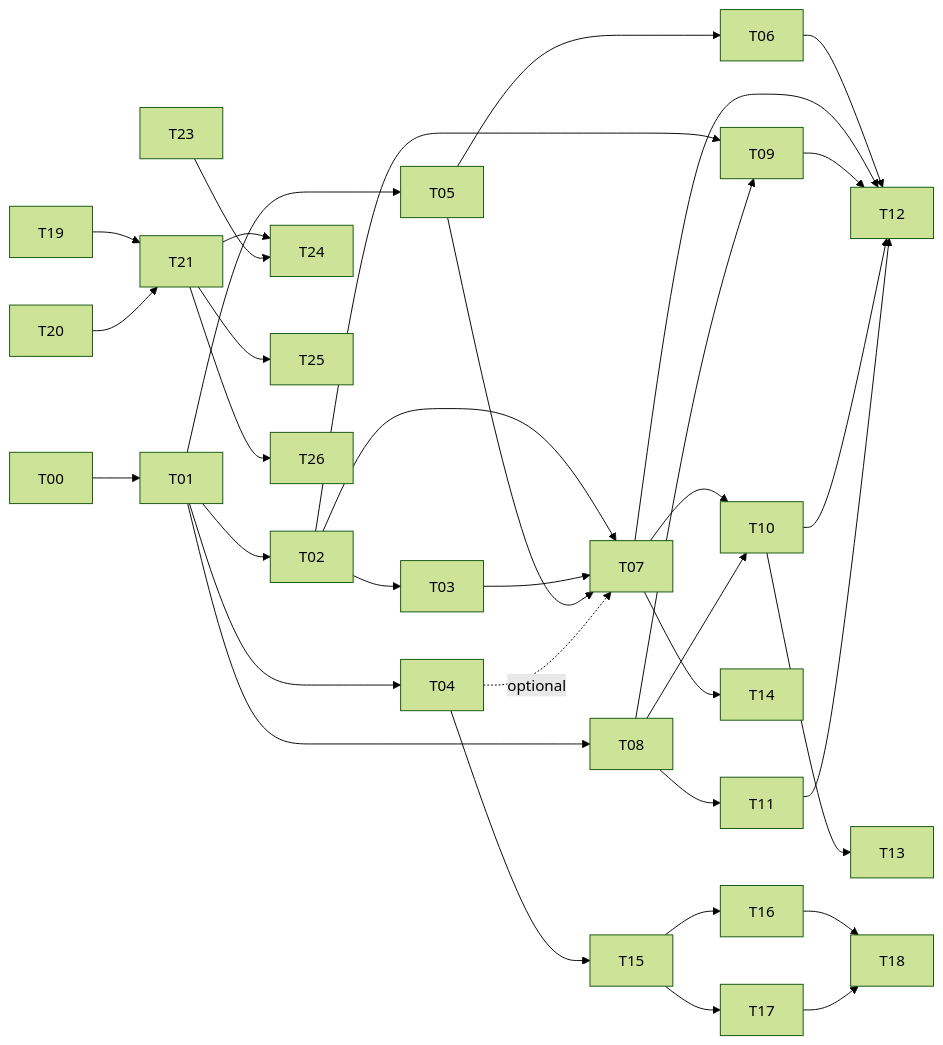
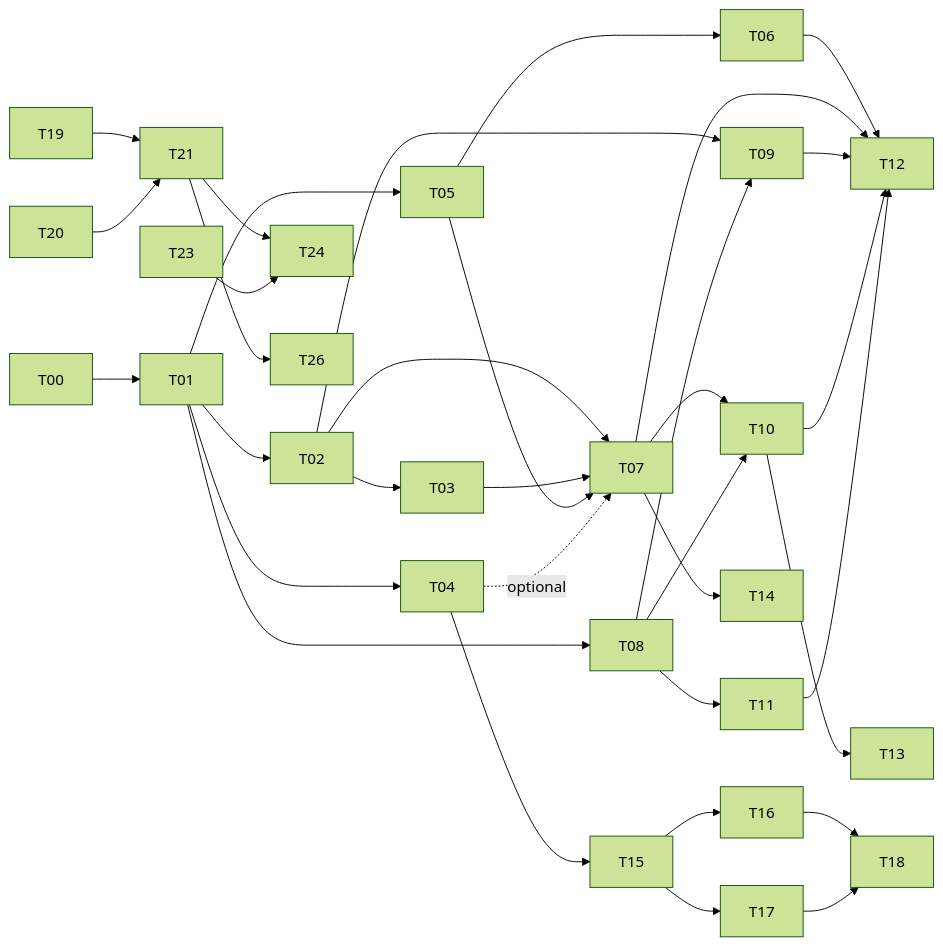
Before and after one commit to ankur-paul/schedule-optimizer: the diagram in tickets/README.md, drawn with Mermaid (forest theme). The commit also changed other lines of this file and 7 other files, not shown here.

````diff
--- a/tickets/README.md
+++ b/tickets/README.md
@@ -78,22 +77,21 @@
 ```mermaid
 graph LR
   T00 --> T01
   T01 --> T02 & T04 & T05 & T08
   T02 --> T03
   T05 --> T06
   T02 & T03 & T05 --> T07
   T04 -.optional.-> T07
   T02 & T08 --> T09
   T07 & T08 --> T10
   T08 --> T11
   T06 & T07 & T09 & T10 & T11 --> T12
   T10 --> T13
   T07 --> T14
   T04 --> T15
   T15 --> T16 & T17
   T16 & T17 --> T18
   T19 & T20 --> T21
   T21 & T23 --> T24
-  T21 --> T25
   T21 --> T26
 ```
````
